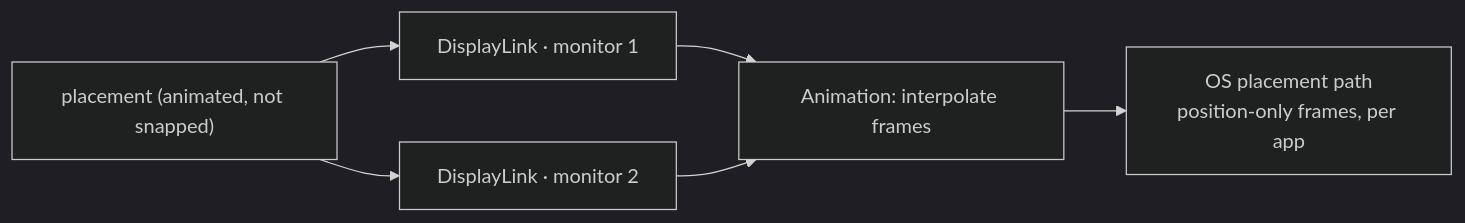
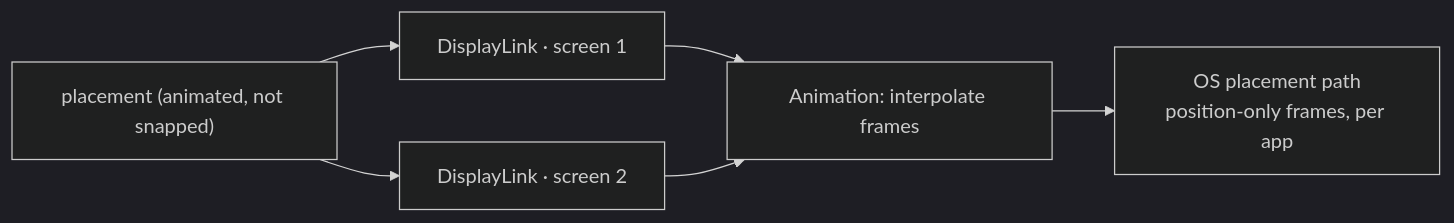
Before and after one commit to KiwiCanopy/KiwiDesk: the sixth of 7 diagrams in docs/architecture.md, drawn with Mermaid (dark theme). The commit also changed other lines of this file and 100 other files, not shown here.

````diff
--- a/docs/architecture.md
+++ b/docs/architecture.md
@@ -240,8 +240,8 @@
 ```mermaid
 flowchart LR
-    P["placement (animated, not snapped)"] --> DL1["DisplayLink · monitor 1"]
-    P --> DL2["DisplayLink · monitor 2"]
+    P["placement (animated, not snapped)"] --> DL1["DisplayLink · screen 1"]
+    P --> DL2["DisplayLink · screen 2"]
     DL1 --> AN["Animation: interpolate frames"]
     DL2 --> AN
     AN --> OSP["OS placement path<br/>position-only frames, per app"]
 ```
````
